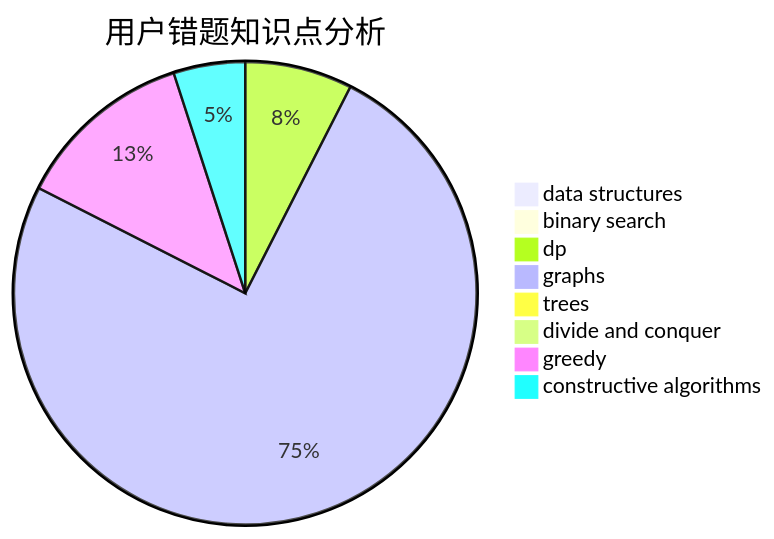
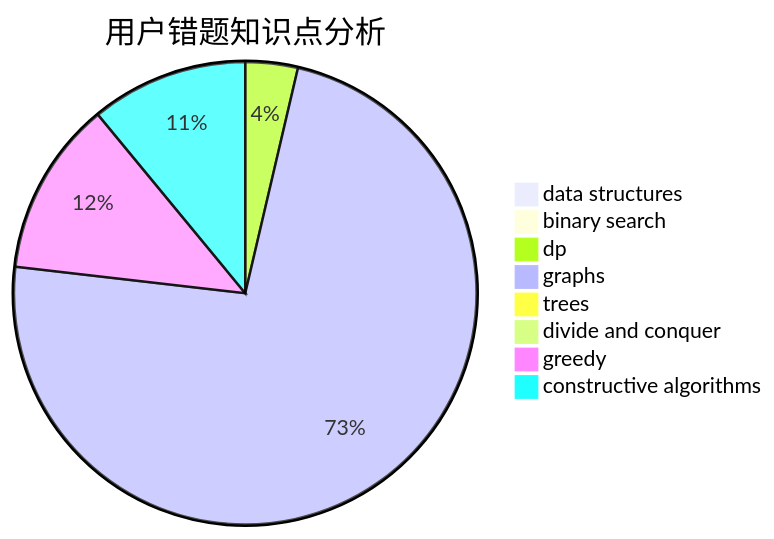
The third of 3 diagrams in docs/user/u1980.md (sherpahu/cfrs.github.io), drawn with Mermaid before and after one commit. The commit also changed other lines of this file and 2770 other files, not shown here.

````diff
--- a/docs/user/u1980.md
+++ b/docs/user/u1980.md
@@ -36,11 +36,11 @@
 ```mermaid
 pie title 用户错题知识点分析
     "data structures" :  0
     "binary search" :  0
     "dp" :  3
-    "graphs" :  30
+    "graphs" :  60
     "trees" :  0
     "divide and conquer" :  0
-    "greedy" :  5
-    "constructive algorithms" :  2
+    "greedy" :  10
+    "constructive algorithms" :  9
 ```
````
